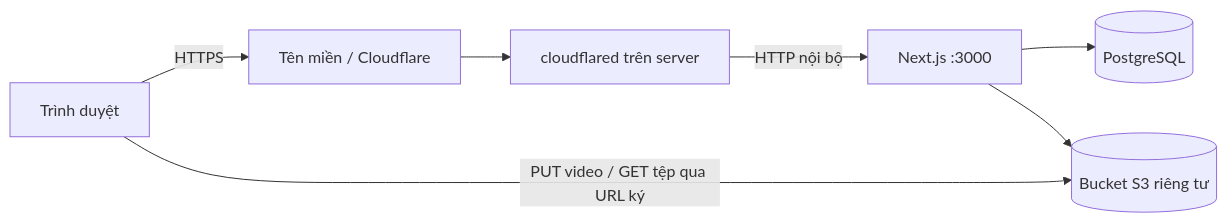
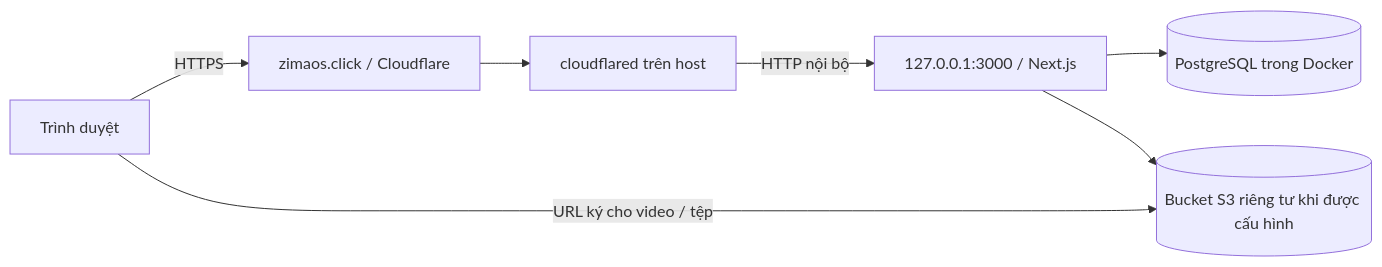
The diagram in docs/DEPLOYMENT.md (Bluenip/LMS-FOR-DTQ), drawn with Mermaid before and after one commit. The commit also changed other lines of this file and 28 other files, not shown here.

````diff
--- a/docs/DEPLOYMENT.md
+++ b/docs/DEPLOYMENT.md
@@ -7,9 +7,9 @@
 ```mermaid
 flowchart LR
-    Browser[Trình duyệt] -->|HTTPS| Edge[Tên miền / Cloudflare]
-    Edge --> Tunnel[cloudflared trên server]
-    Tunnel -->|HTTP nội bộ| App[Next.js :3000]
-    App --> DB[(PostgreSQL)]
-    App --> Bucket[(Bucket S3 riêng tư)]
-    Browser -->|PUT video / GET tệp qua URL ký| Bucket
+    Browser[Trình duyệt] -->|HTTPS| Edge[zimaos.click / Cloudflare]
+    Edge --> Tunnel[cloudflared trên host]
+    Tunnel -->|HTTP nội bộ| App[127.0.0.1:3000 / Next.js]
+    App --> DB[(PostgreSQL trong Docker)]
+    App --> Bucket[(Bucket S3 riêng tư khi được cấu hình)]
+    Browser -->|URL ký cho video / tệp| Bucket
 ```
````
